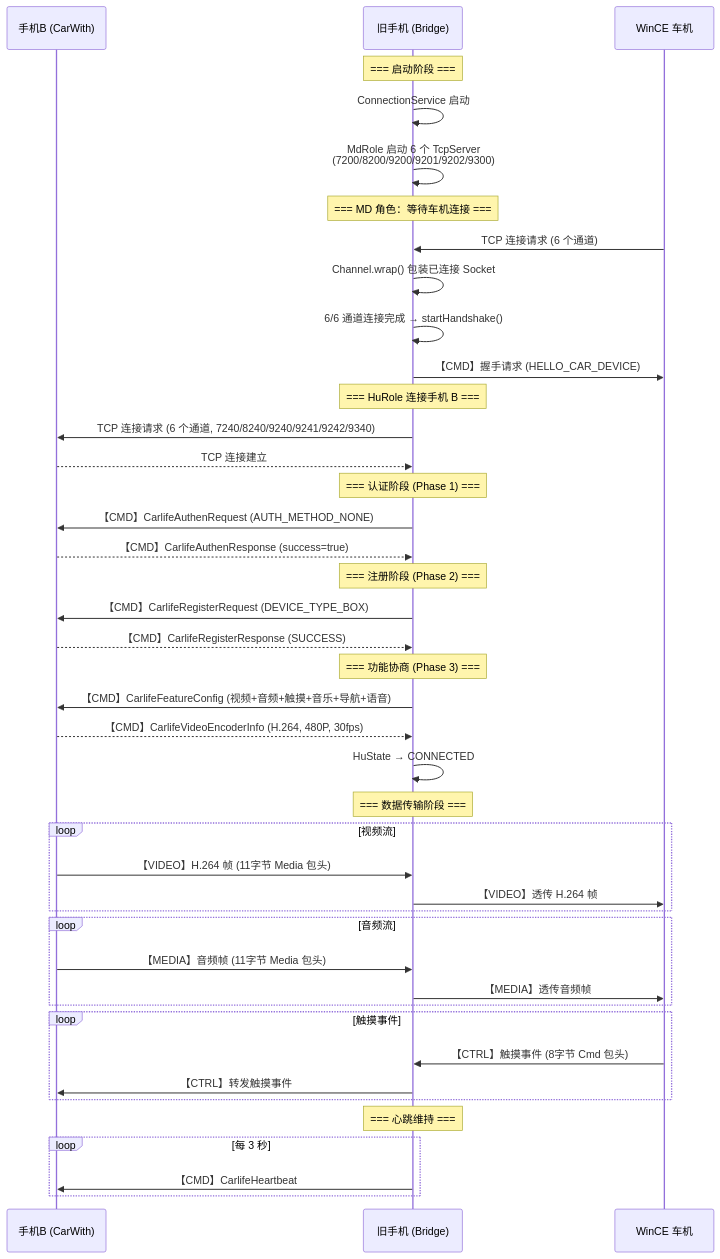
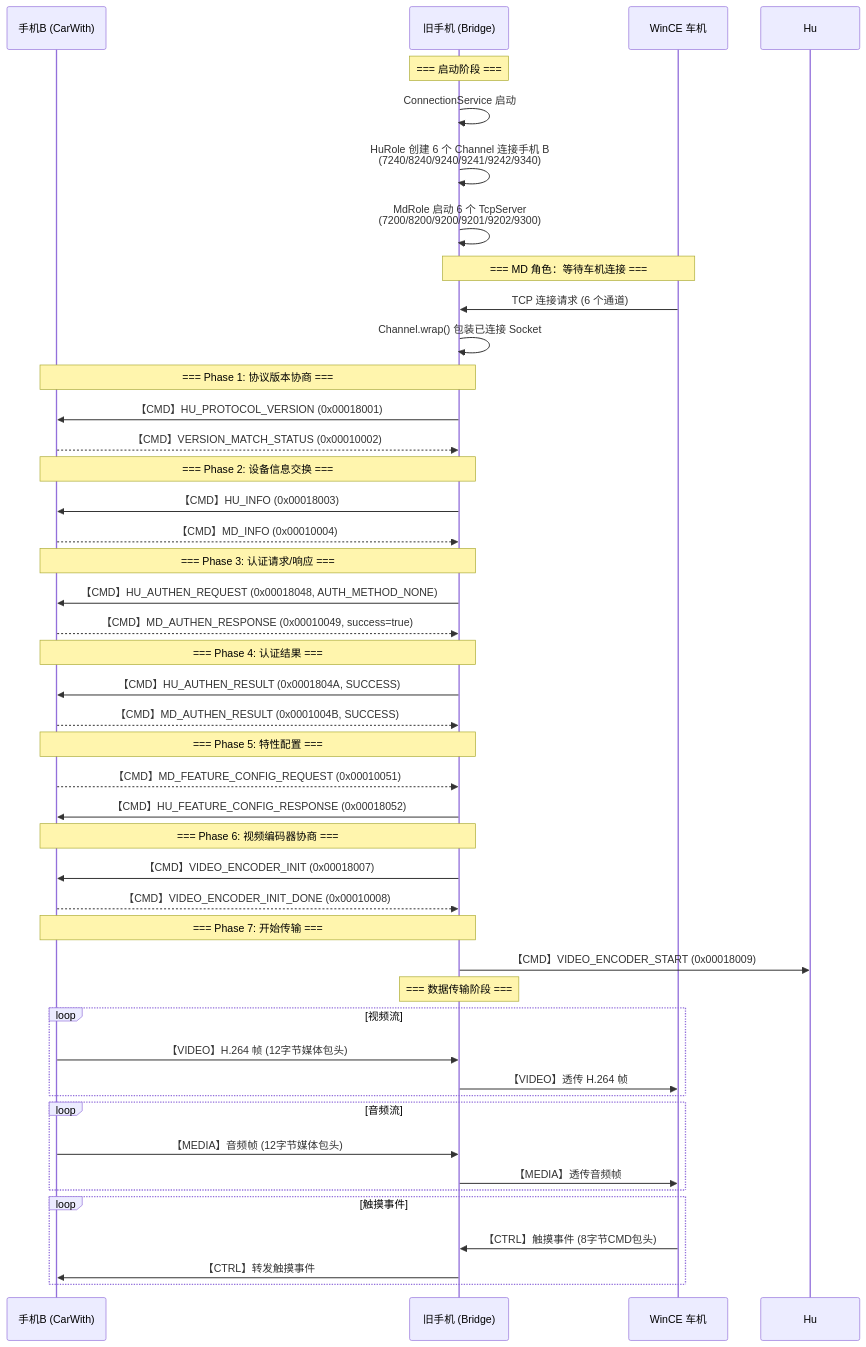
Before and after one commit to pitate7777777/CarLifeWirelessBox: the second of 3 diagrams in docs/ARCHITECTURE.md, drawn with Mermaid. The commit also changed other lines of this file and 2 other files, not shown here.

````diff
--- a/docs/ARCHITECTURE.md
+++ b/docs/ARCHITECTURE.md
@@ -191,54 +191,58 @@
 ```mermaid
 sequenceDiagram
     participant HU as 手机B (CarWith)
     participant Bridge as 旧手机 (Bridge)
     participant Car as WinCE 车机
     
     Note over Bridge: === 启动阶段 ===
     Bridge->>Bridge: ConnectionService 启动
+    Bridge->>Bridge: HuRole 创建 6 个 Channel 连接手机 B<br/>(7240/8240/9240/9241/9242/9340)
     Bridge->>Bridge: MdRole 启动 6 个 TcpServer<br/>(7200/8200/9200/9201/9202/9300)
     
-    Note over Bridge: === MD 角色：等待车机连接 ===
+    Note over Bridge,Car: === MD 角色：等待车机连接 ===
     Car->>Bridge: TCP 连接请求 (6 个通道)
     Bridge->>Bridge: Channel.wrap() 包装已连接 Socket
-    Bridge->>Bridge: 6/6 通道连接完成 → startHandshake()
-    Bridge->>Car: 【CMD】握手请求 (HELLO_CAR_DEVICE)
     
-    Note over Bridge: === HuRole 连接手机 B ===
-    Bridge->>HU: TCP 连接请求 (6 个通道, 7240/8240/9240/9241/9242/9340)
-    HU-->>Bridge: TCP 连接建立
+    Note over Bridge,HU: === Phase 1: 协议版本协商 ===
+    Bridge->>HU: 【CMD】HU_PROTOCOL_VERSION (0x00018001)
+    HU-->>Bridge: 【CMD】VERSION_MATCH_STATUS (0x00010002)
     
-    Note over Bridge: === 认证阶段 (Phase 1) ===
-    Bridge->>HU: 【CMD】CarlifeAuthenRequest (AUTH_METHOD_NONE)
-    HU-->>Bridge: 【CMD】CarlifeAuthenResponse (success=true)
+    Note over Bridge,HU: === Phase 2: 设备信息交换 ===
+    Bridge->>HU: 【CMD】HU_INFO (0x00018003)
+    HU-->>Bridge: 【CMD】MD_INFO (0x00010004)
     
-    Note over Bridge: === 注册阶段 (Phase 2) ===
-    Bridge->>HU: 【CMD】CarlifeRegisterRequest (DEVICE_TYPE_BOX)
-    HU-->>Bridge: 【CMD】CarlifeRegisterResponse (SUCCESS)
+    Note over Bridge,HU: === Phase 3: 认证请求/响应 ===
+    Bridge->>HU: 【CMD】HU_AUTHEN_REQUEST (0x00018048, AUTH_METHOD_NONE)
+    HU-->>Bridge: 【CMD】MD_AUTHEN_RESPONSE (0x00010049, success=true)
     
-    Note over Bridge: === 功能协商 (Phase 3) ===
-    Bridge->>HU: 【CMD】CarlifeFeatureConfig (视频+音频+触摸+音乐+导航+语音)
-    HU-->>Bridge: 【CMD】CarlifeVideoEncoderInfo (H.264, 480P, 30fps)
-    Bridge->>Bridge: HuState → CONNECTED
+    Note over Bridge,HU: === Phase 4: 认证结果 ===
+    Bridge->>HU: 【CMD】HU_AUTHEN_RESULT (0x0001804A, SUCCESS)
+    HU-->>Bridge: 【CMD】MD_AUTHEN_RESULT (0x0001004B, SUCCESS)
+    
+    Note over Bridge,HU: === Phase 5: 特性配置 ===
+    HU-->>Bridge: 【CMD】MD_FEATURE_CONFIG_REQUEST (0x00010051)
+    Bridge->>HU: 【CMD】HU_FEATURE_CONFIG_RESPONSE (0x00018052)
+    
+    Note over Bridge,HU: === Phase 6: 视频编码器协商 ===
+    Bridge->>HU: 【CMD】VIDEO_ENCODER_INIT (0x00018007)
+    HU-->>Bridge: 【CMD】VIDEO_ENCODER_INIT_DONE (0x00010008)
+    
+    Note over Bridge,HU: === Phase 7: 开始传输 ===
+    Bridge->>Hu: 【CMD】VIDEO_ENCODER_START (0x00018009)
     
     Note over Bridge: === 数据传输阶段 ===
     loop 视频流
-        HU->>Bridge: 【VIDEO】H.264 帧 (11字节 Media 包头)
+        HU->>Bridge: 【VIDEO】H.264 帧 (12字节媒体包头)
         Bridge->>Car: 【VIDEO】透传 H.264 帧
     end
     
     loop 音频流
-        HU->>Bridge: 【MEDIA】音频帧 (11字节 Media 包头)
+        HU->>Bridge: 【MEDIA】音频帧 (12字节媒体包头)
         Bridge->>Car: 【MEDIA】透传音频帧
     end
     
     loop 触摸事件
-        Car->>Bridge: 【CTRL】触摸事件 (8字节 Cmd 包头)
+        Car->>Bridge: 【CTRL】触摸事件 (8字节CMD包头)
         Bridge->>HU: 【CTRL】转发触摸事件
     end
-    
-    Note over Bridge: === 心跳维持 ===
-    loop 每 3 秒
-        Bridge->>HU: 【CMD】CarlifeHeartbeat
-    end
 ```
````
